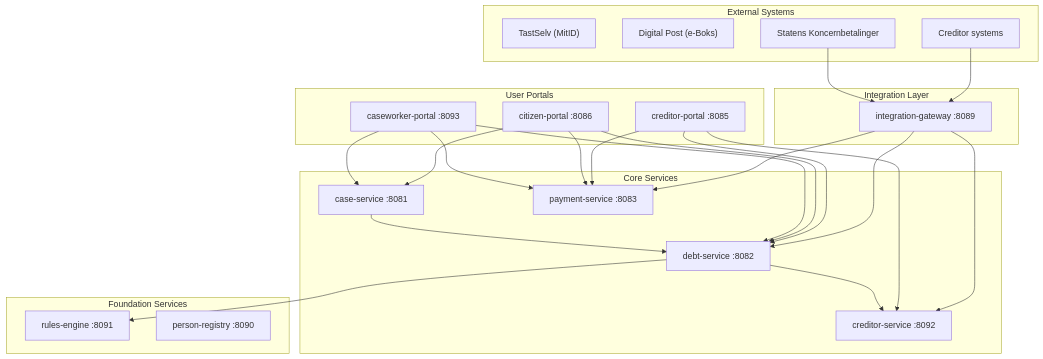
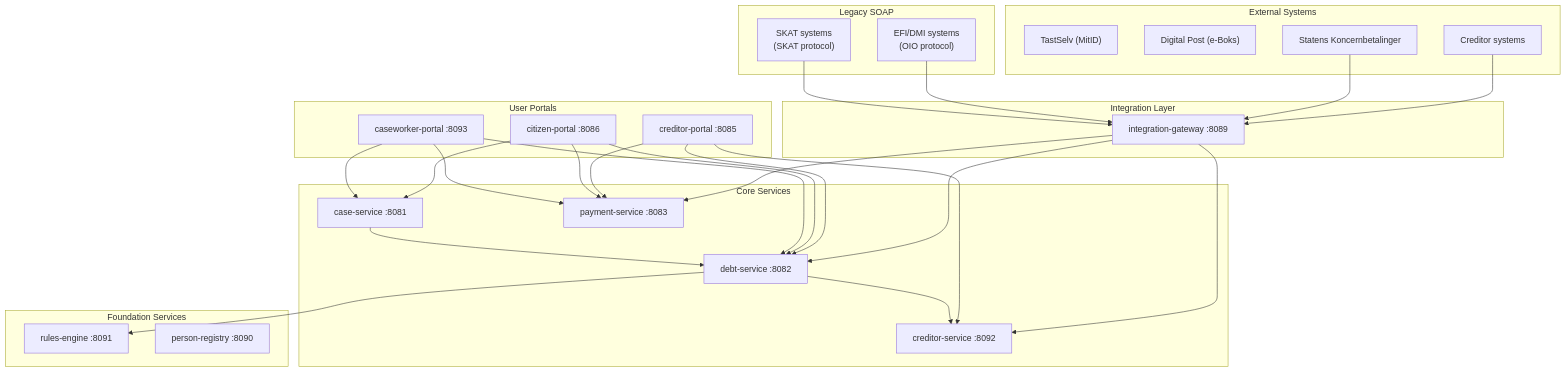
One commit to mfhens/opendebt changed the first of 4 diagrams in docs/site/technical/architecture.md. Above: the diagram before and after it, drawn with Mermaid. The commit also changed other lines of this file and 12 other files, not shown here.

````diff
--- a/docs/site/technical/architecture.md
+++ b/docs/site/technical/architecture.md
@@ -7,51 +7,58 @@
 ```mermaid
 graph TB
     subgraph External["External Systems"]
         TastSelv["TastSelv (MitID)"]
         DigitalPost["Digital Post (e-Boks)"]
         SKB["Statens Koncernbetalinger"]
         ES["Creditor systems"]
     end
 
     subgraph Gateway["Integration Layer"]
         IG["integration-gateway :8089"]
     end
 
     subgraph Portals["User Portals"]
         CP["creditor-portal :8085"]
         BP["citizen-portal :8086"]
         CW["caseworker-portal :8093"]
     end
 
     subgraph Core["Core Services"]
         DS["debt-service :8082"]
         CS["case-service :8081"]
         PS["payment-service :8083"]
         CRS["creditor-service :8092"]
     end
 
     subgraph Foundation["Foundation Services"]
         RE["rules-engine :8091"]
         PR["person-registry :8090"]
     end
 
     ES --> IG
     SKB --> IG
     IG --> DS
     IG --> CRS
     IG --> PS
 
+    subgraph LegacySoap["Legacy SOAP"]
+        OIO["EFI/DMI systems<br/>(OIO protocol)"]
+        SKAT2["SKAT systems<br/>(SKAT protocol)"]
+    end
+    OIO --> IG
+    SKAT2 --> IG
+
     CP --> DS
     CP --> CRS
     CP --> PS
     BP --> DS
     BP --> CS
     BP --> PS
     CW --> DS
     CW --> CS
     CW --> PS
 
     DS --> RE
     DS --> CRS
     CS --> DS
 ```
````
